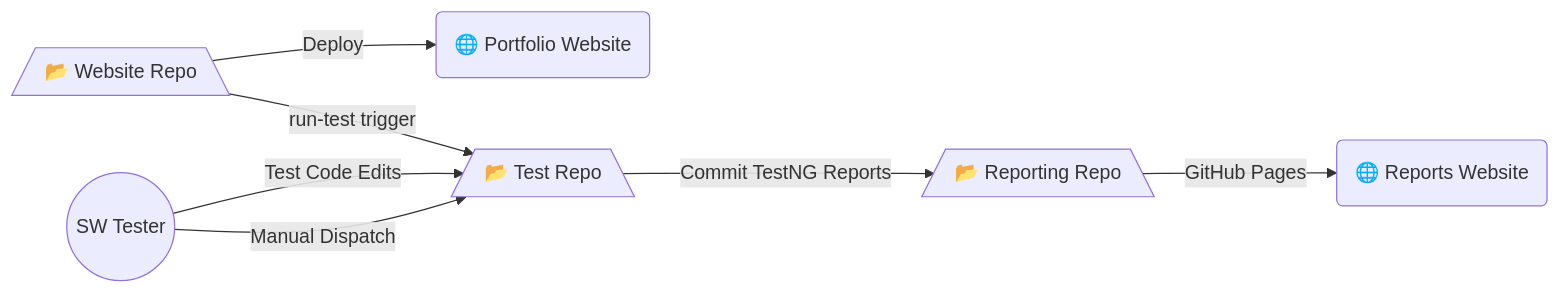
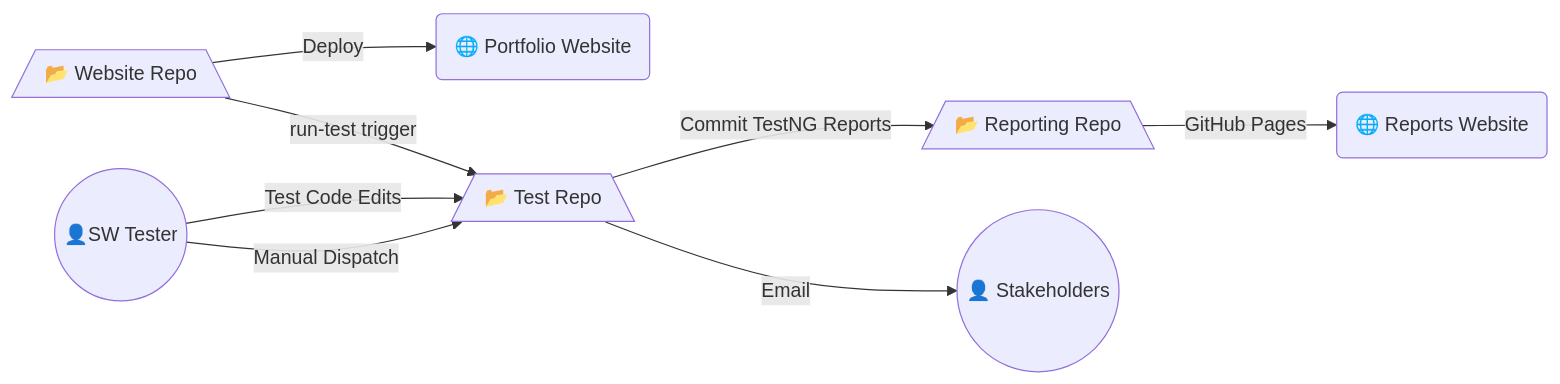
The diagram in README.md (MahmoudFawzyAOE2/mft1998-portfolio-TestAutomation), drawn with Mermaid before and after one commit. The commit also changed other lines of this file and 5 other files, not shown here.

````diff
--- a/README.md
+++ b/README.md
@@ -109,10 +111,11 @@
 ```mermaid
 graph LR
 
     A -- Deploy --> F(🌐 Portfolio Website)
     A[/📂 Website Repo\] -- run-test trigger --> B[/📂 Test Repo\]
     B -- Commit TestNG Reports --> C[/📂 Reporting Repo\]
     C -- GitHub Pages --> D(🌐 Reports Website)
+    B -- Email --> G((👤 Stakeholders))
     E -- Test Code Edits --> B
-    E((SW Tester)) -- Manual Dispatch --> B
+    E((👤SW Tester)) -- Manual Dispatch --> B
 ```
````
